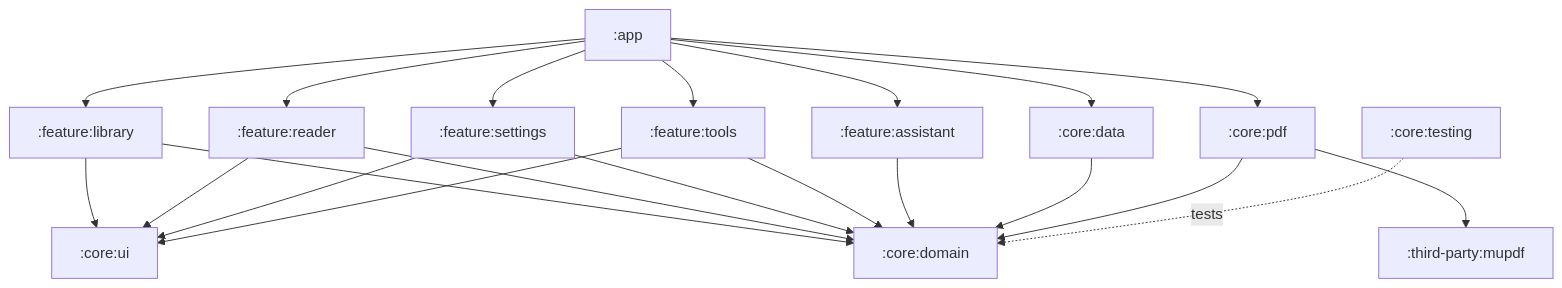
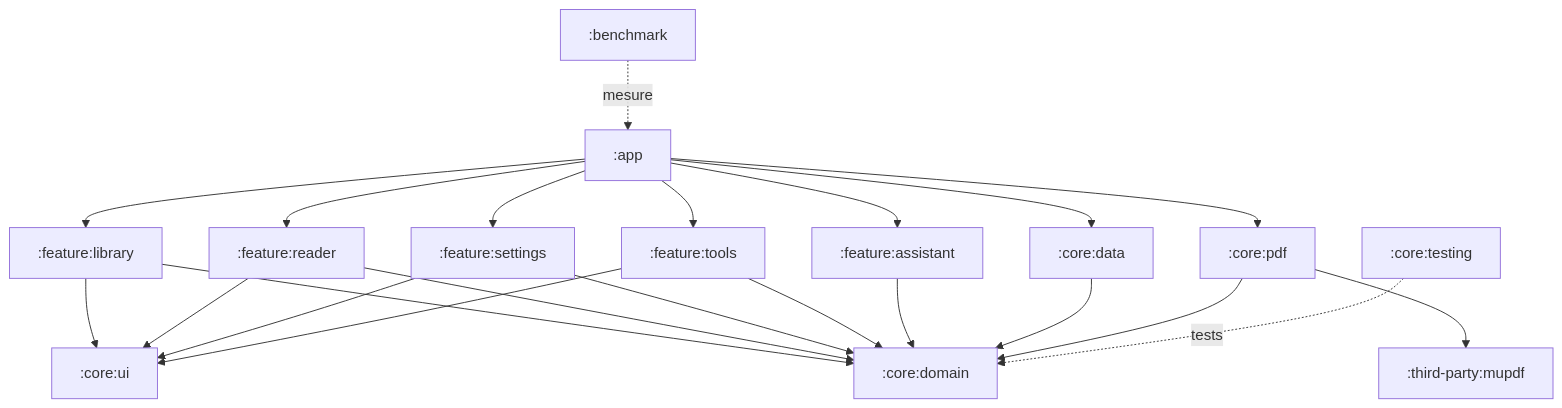
The first of 5 diagrams in docs/architecture.md (myxomatom/LutrinPDF), drawn with Mermaid before and after one commit. The commit also changed other lines of this file and 9 other files, not shown here.

````diff
--- a/docs/architecture.md
+++ b/docs/architecture.md
@@ -34,19 +36,20 @@
 ```mermaid
 flowchart TD
     app[":app"] --> fl[":feature:library"]
     app --> fr[":feature:reader"]
     app --> fs[":feature:settings"]
     app --> ft[":feature:tools"]
     app --> fa[":feature:assistant"]
     app --> data[":core:data"]
     app --> pdf[":core:pdf"]
 
     fl & fr & fs & ft --> ui[":core:ui"]
     fl & fr & fs & ft & fa --> domain[":core:domain"]
 
     data --> domain
     pdf --> domain
     pdf --> mupdf[":third-party:mupdf"]
 
     testing[":core:testing"] -.tests.-> domain
+    bench[":benchmark"] -.mesure.-> app
 ```
````
